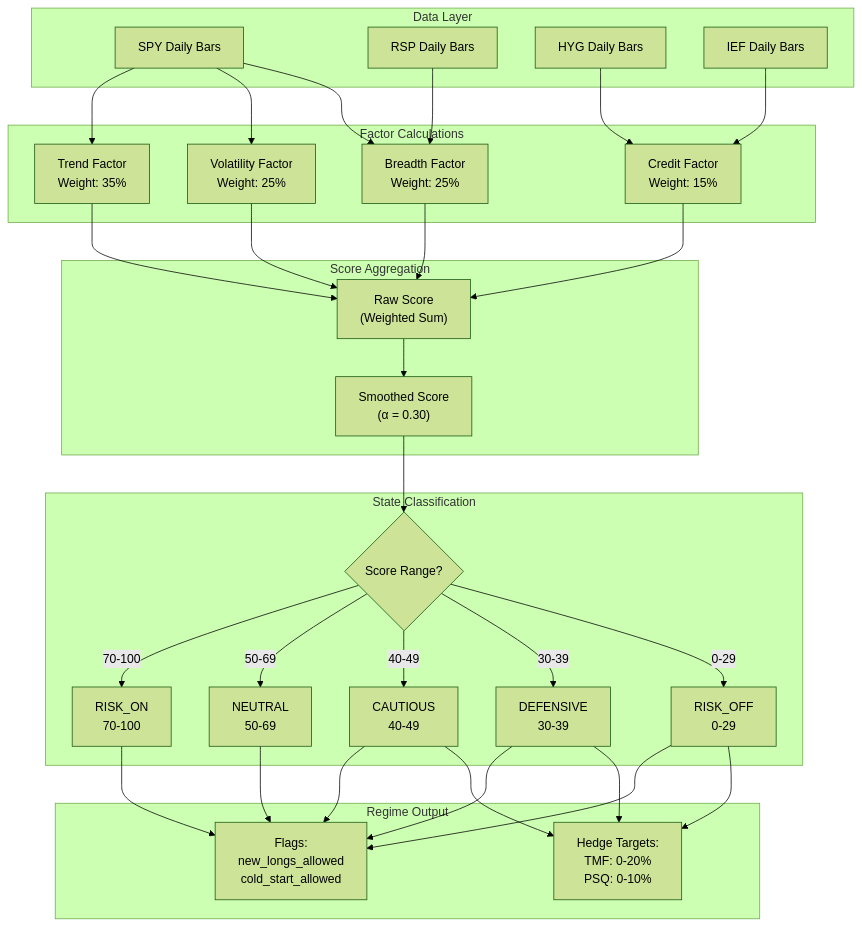
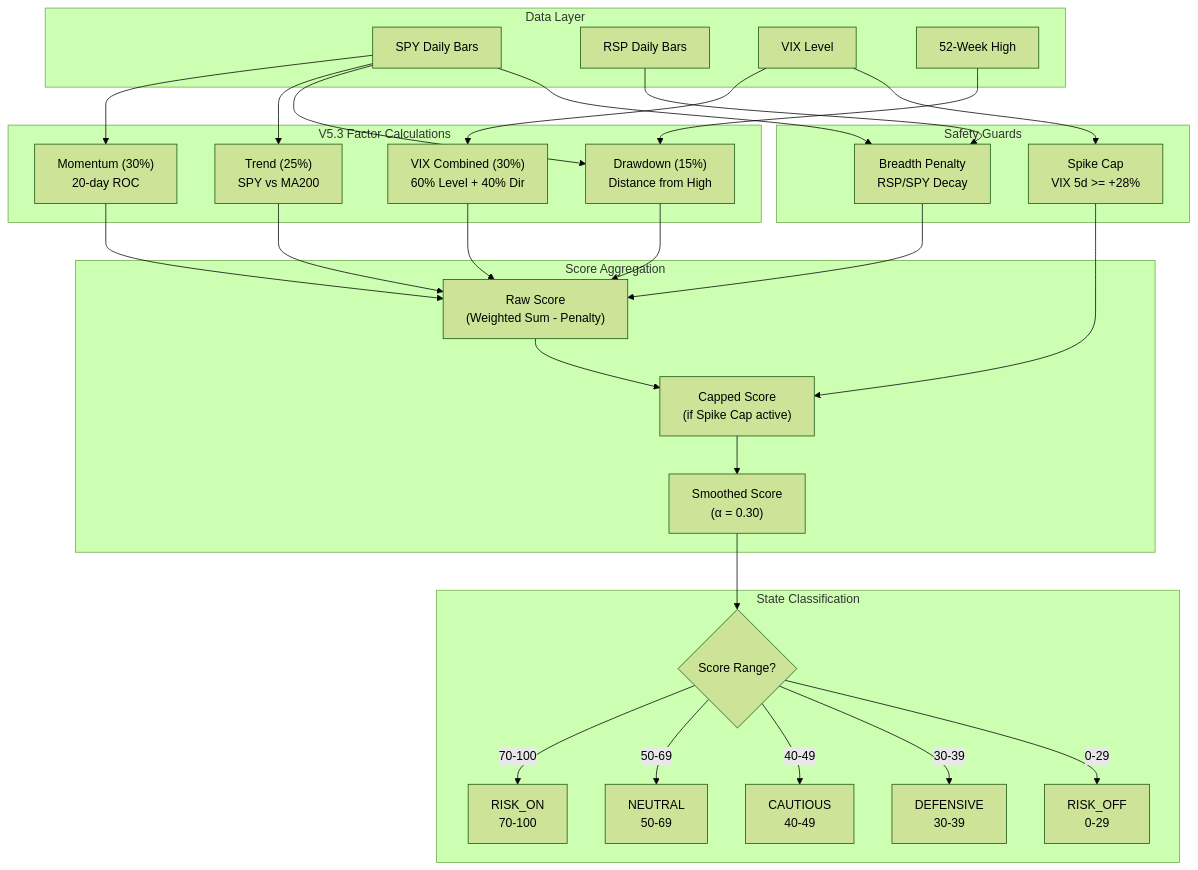
The diagram in docs/system/04-regime-engine.md (vickdavinci/alpha-nextgen-v2-private), drawn with Mermaid (forest theme) before and after one commit. The commit also changed other lines of this file and 7 other files, not shown here.

````diff
--- a/docs/system/04-regime-engine.md
+++ b/docs/system/04-regime-engine.md
@@ -512,66 +513,62 @@
 ```mermaid
 flowchart TD
     subgraph DATA["Data Layer"]
         SPY["SPY Daily Bars"]
         RSP["RSP Daily Bars"]
-        HYG["HYG Daily Bars"]
-        IEF["IEF Daily Bars"]
+        VIX["VIX Level"]
+        HIGH["52-Week High"]
     end
 
-    subgraph FACTORS["Factor Calculations"]
-        TREND["Trend Factor<br/>Weight: 35%"]
-        VOL["Volatility Factor<br/>Weight: 25%"]
-        BREADTH["Breadth Factor<br/>Weight: 25%"]
-        CREDIT["Credit Factor<br/>Weight: 15%"]
+    subgraph FACTORS["V5.3 Factor Calculations"]
+        MOM["Momentum (30%)<br/>20-day ROC"]
+        VIXC["VIX Combined (30%)<br/>60% Level + 40% Dir"]
+        TREND["Trend (25%)<br/>SPY vs MA200"]
+        DD["Drawdown (15%)<br/>Distance from High"]
+    end
+
+    subgraph GUARDS["Safety Guards"]
+        SPIKE["Spike Cap<br/>VIX 5d >= +28%"]
+        BREADTH["Breadth Penalty<br/>RSP/SPY Decay"]
     end
 
     subgraph AGGREGATION["Score Aggregation"]
-        RAW["Raw Score<br/>(Weighted Sum)"]
+        RAW["Raw Score<br/>(Weighted Sum - Penalty)"]
+        CAPPED["Capped Score<br/>(if Spike Cap active)"]
         SMOOTH["Smoothed Score<br/>(α = 0.30)"]
     end
 
     subgraph CLASSIFICATION["State Classification"]
         STATE{"Score Range?"}
         RISK_ON["RISK_ON<br/>70-100"]
         NEUTRAL["NEUTRAL<br/>50-69"]
         CAUTIOUS["CAUTIOUS<br/>40-49"]
         DEFENSIVE["DEFENSIVE<br/>30-39"]
         RISK_OFF["RISK_OFF<br/>0-29"]
     end
 
-    subgraph OUTPUT["Regime Output"]
-        FLAGS["Flags:<br/>new_longs_allowed<br/>cold_start_allowed"]
-        HEDGES["Hedge Targets:<br/>TMF: 0-20%<br/>PSQ: 0-10%"]
-    end
-
+    SPY --> MOM
     SPY --> TREND
-    SPY --> VOL
+    SPY --> DD
+    HIGH --> DD
+    VIX --> VIXC
     RSP --> BREADTH
     SPY --> BREADTH
-    HYG --> CREDIT
-    IEF --> CREDIT
 
+    MOM --> RAW
+    VIXC --> RAW
     TREND --> RAW
-    VOL --> RAW
+    DD --> RAW
     BREADTH --> RAW
-    CREDIT --> RAW
 
-    RAW --> SMOOTH
+    VIX --> SPIKE
+    SPIKE --> CAPPED
+    RAW --> CAPPED
+    CAPPED --> SMOOTH
     SMOOTH --> STATE
 
     STATE -->|70-100| RISK_ON
     STATE -->|50-69| NEUTRAL
     STATE -->|40-49| CAUTIOUS
     STATE -->|30-39| DEFENSIVE
     STATE -->|0-29| RISK_OFF
-
-    RISK_ON --> FLAGS
-    NEUTRAL --> FLAGS
-    CAUTIOUS --> FLAGS
-    DEFENSIVE --> FLAGS
-    RISK_OFF --> FLAGS
-
-    CAUTIOUS --> HEDGES
-    DEFENSIVE --> HEDGES
-    RISK_OFF --> HEDGES
 ```
````
